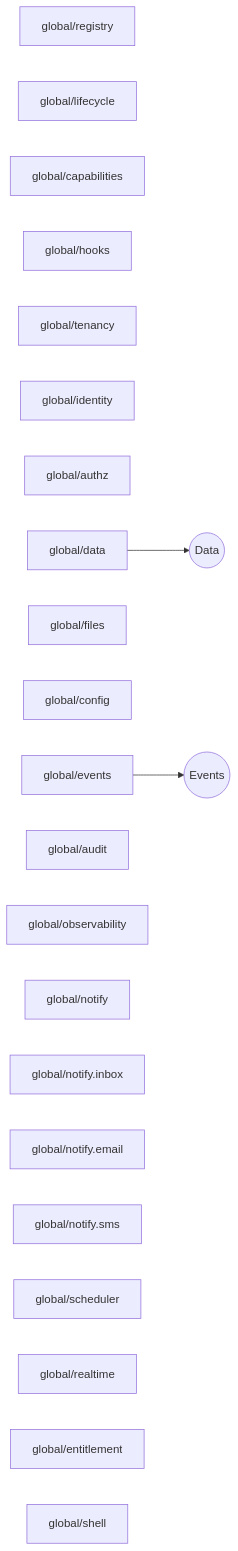
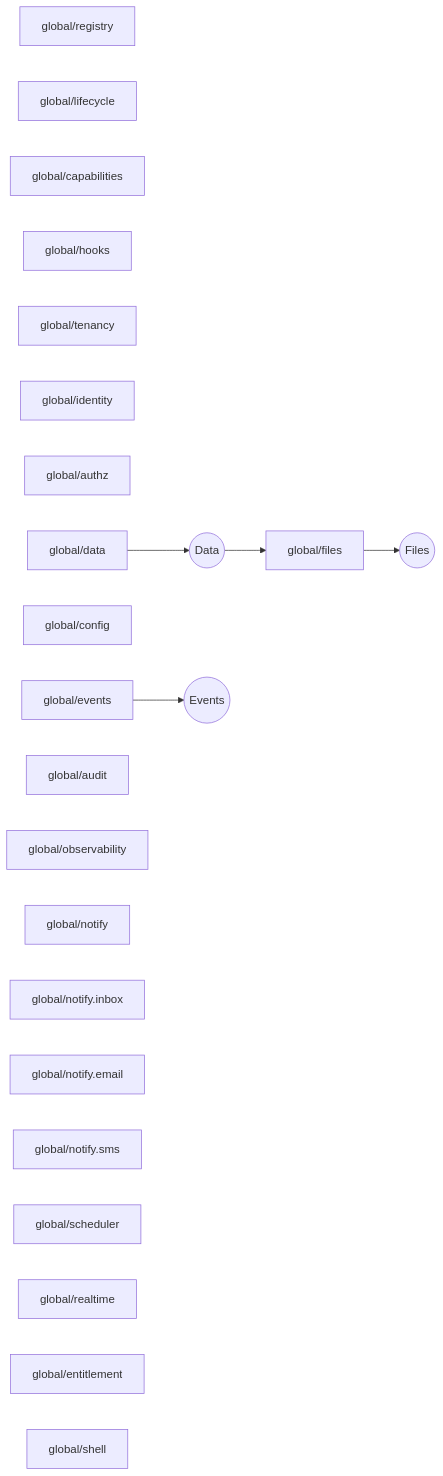
The diagram in docs/generated/seam-graph.md (idadawn/qian), drawn with Mermaid before and after one commit. The commit also changed other lines of this file and 2 other files, not shown here.

Commit message:
docs(generated): 按合并后的 main 重生成派生文档——qian.files 配置目录与 Data / Files seam [S1-FILE-001]

````diff
--- a/docs/generated/seam-graph.md
+++ b/docs/generated/seam-graph.md
@@ -12,28 +13,31 @@
 ```mermaid
 flowchart LR
   n0["global/registry"]
   n1["global/lifecycle"]
   n2["global/capabilities"]
   n3["global/hooks"]
   n4["global/tenancy"]
   n5["global/identity"]
   n6["global/authz"]
   n7["global/data"]
   n8["global/files"]
   n9["global/config"]
   n10["global/events"]
   n11["global/audit"]
   n12["global/observability"]
   n13["global/notify"]
   n14["global/notify.inbox"]
   n15["global/notify.email"]
   n16["global/notify.sms"]
   n17["global/scheduler"]
   n18["global/realtime"]
   n19["global/entitlement"]
   n20["global/shell"]
   s0(("Data"))
   n7 --> s0
-  s1(("Events"))
-  n10 --> s1
+  s1(("Files"))
+  n8 --> s1
+  s2(("Events"))
+  n10 --> s2
+  s0 --> n8
 ```
````
